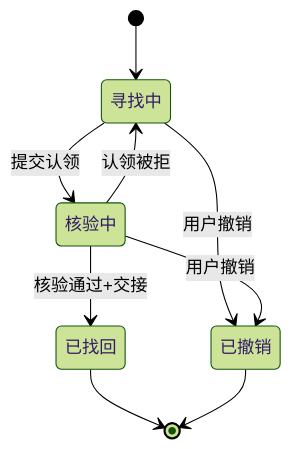
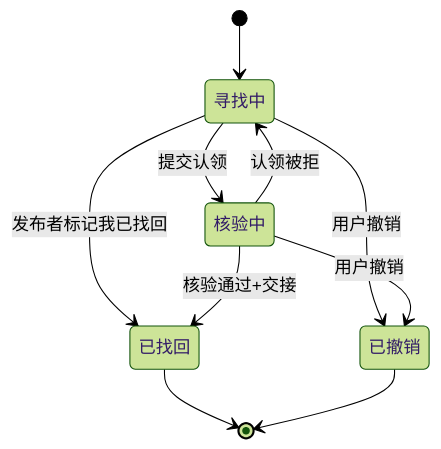
One commit to usstcyberteam/campus-lost-found changed the first of 6 diagrams in .codeartsdoer/specs/campus_lost_found/spec.md. Above: the diagram before and after it, drawn with Mermaid (forest theme). The commit also changed other lines of this file and 198 other files, not shown here.

Commit message:
feat: v2.0 功能 F1-F13（迁移与地图素材接入待修复）

````diff
--- a/.codeartsdoer/specs/campus_lost_found/spec.md
+++ b/.codeartsdoer/specs/campus_lost_found/spec.md
@@ -132,11 +175,12 @@
 ```mermaid
 stateDiagram-v2
     [*] --> 寻找中
     寻找中 --> 核验中 : 提交认领
+    寻找中 --> 已找回 : 发布者标记我已找回
     寻找中 --> 已撤销 : 用户撤销
     核验中 --> 已找回 : 核验通过+交接
     核验中 --> 寻找中 : 认领被拒
     核验中 --> 已撤销 : 用户撤销
     已找回 --> [*]
     已撤销 --> [*]
 ```
````
